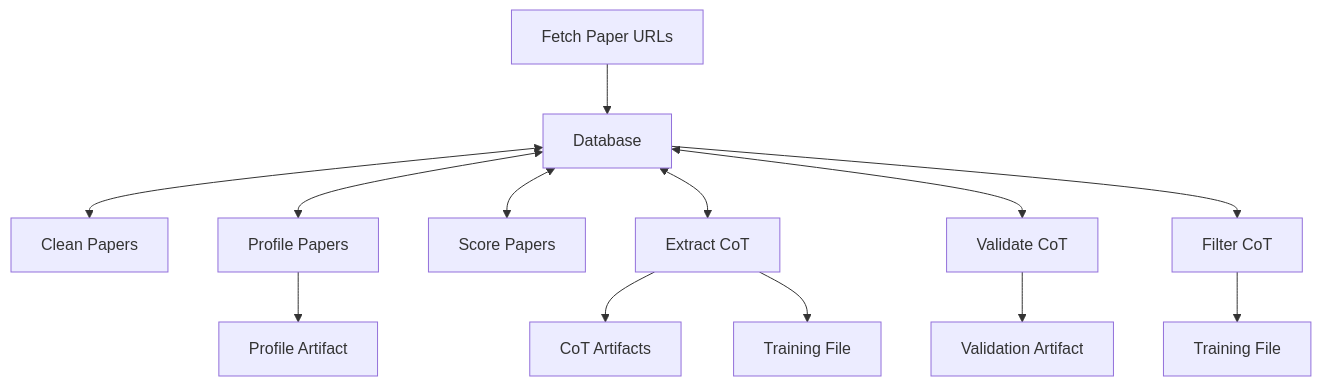
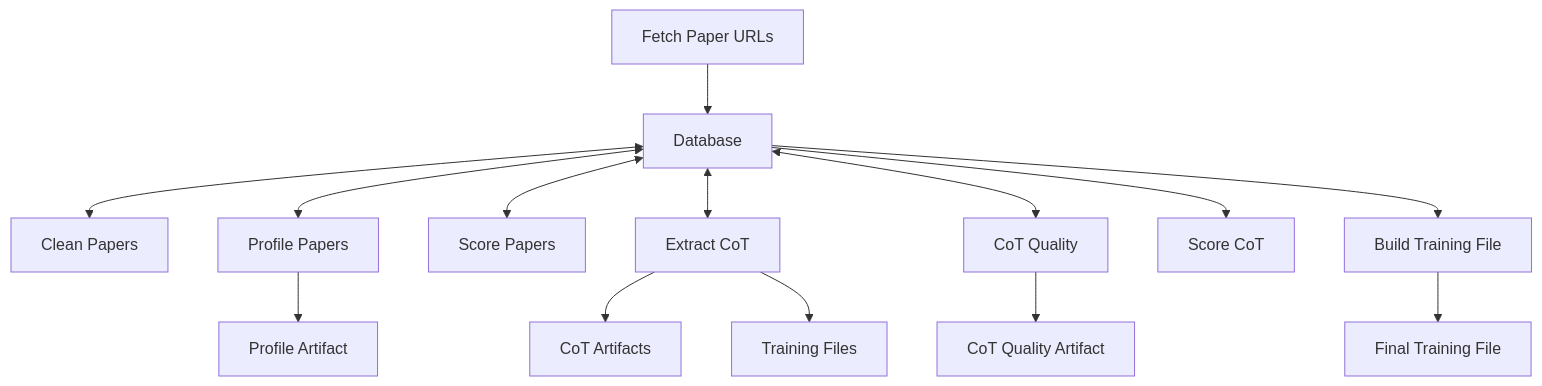
One commit to thehunmonkgroup/raspberry-paper-to-cot-pipeline changed the diagram in misc/pipeline-diagram.mmd. Above: the diagram before and after it, drawn with Mermaid. The commit also changed 2 other files, not shown here.

Commit message:
update pipeline description/diagram

```diff
--- a/misc/pipeline-diagram.mmd
+++ b/misc/pipeline-diagram.mmd
@@ -1,13 +1,14 @@
 flowchart TD
     A[Fetch Paper URLs] --> B[Database]
     B <--> D[Clean Papers]
     B <--> E[Profile Papers]
     B <--> F[Score Papers]
     B <--> G[Extract CoT]
-    B <--> H[Validate CoT]
-    B --> I[Filter CoT]
-    E --> J[Profile Artifact]
-    G --> K[CoT Artifacts]
-    G --> L[Training File]
-    H --> M[Validation Artifact]
-    I --> N[Training File]
+    B <--> H[CoT Quality]
+    B --> I[Score CoT]
+    B --> J[Build Training File]
+    E --> K[Profile Artifact]
+    G --> L[CoT Artifacts]
+    G --> M[Training Files]
+    H --> N[CoT Quality Artifact]
+    J --> O[Final Training File]
```
